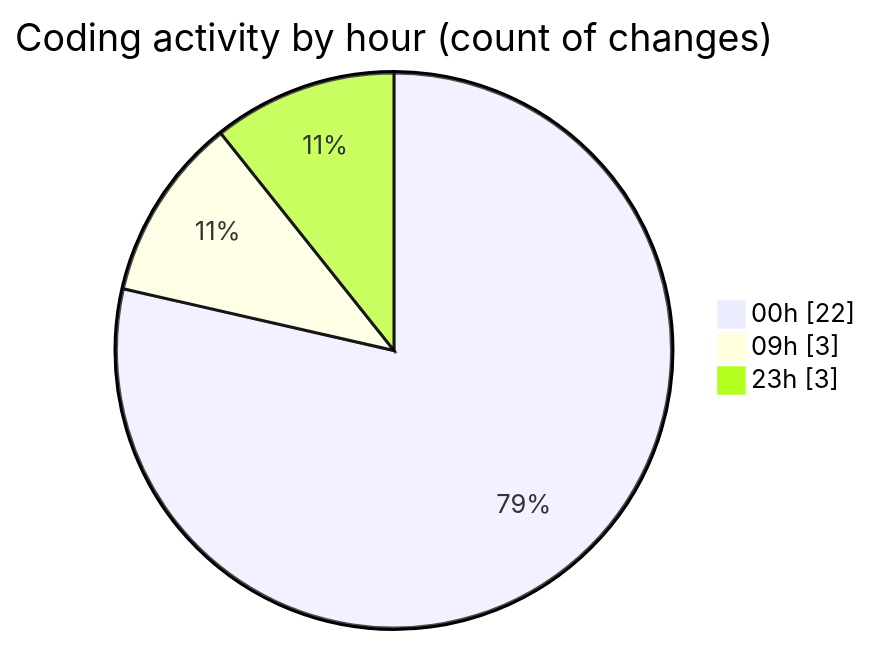
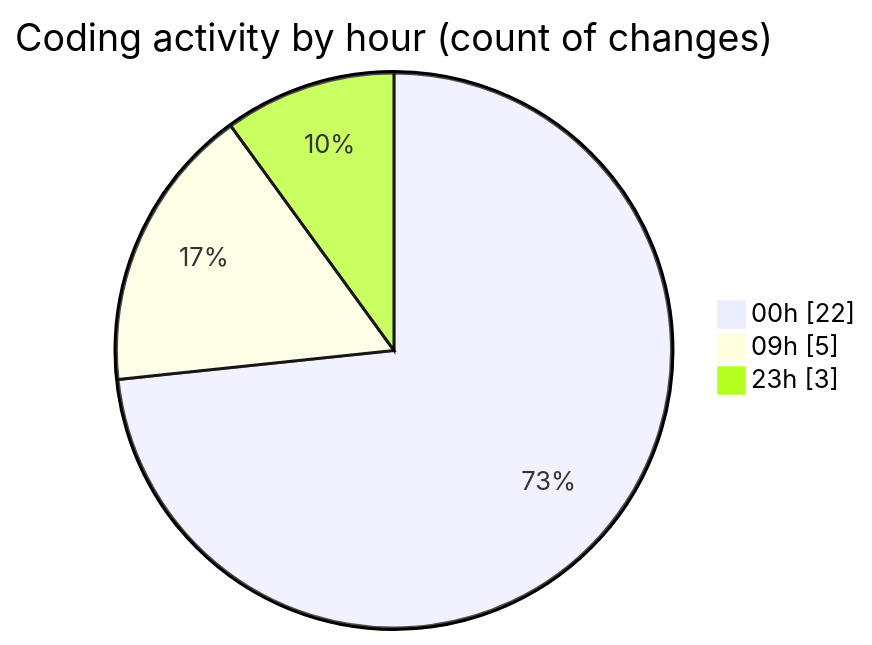
The second of 2 diagrams in 2026-04-10/cda/README.md (momahboobian/code-tracking), drawn with Mermaid before and after one commit. The commit also changed other lines of this file and 1 other file, not shown here.

````diff
--- a/2026-04-10/cda/README.md
+++ b/2026-04-10/cda/README.md
@@ -28,7 +28,7 @@
 ```mermaid
 pie showData
 title Coding activity by hour (count of changes)
 "00h" : 22
-"09h" : 3
+"09h" : 5
 "23h" : 3
 ```
````
